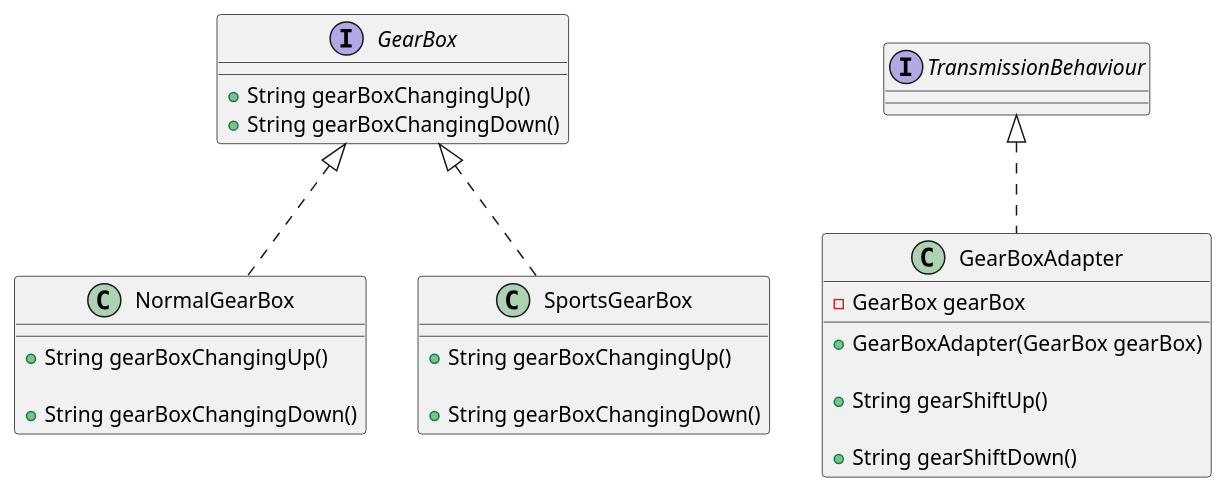
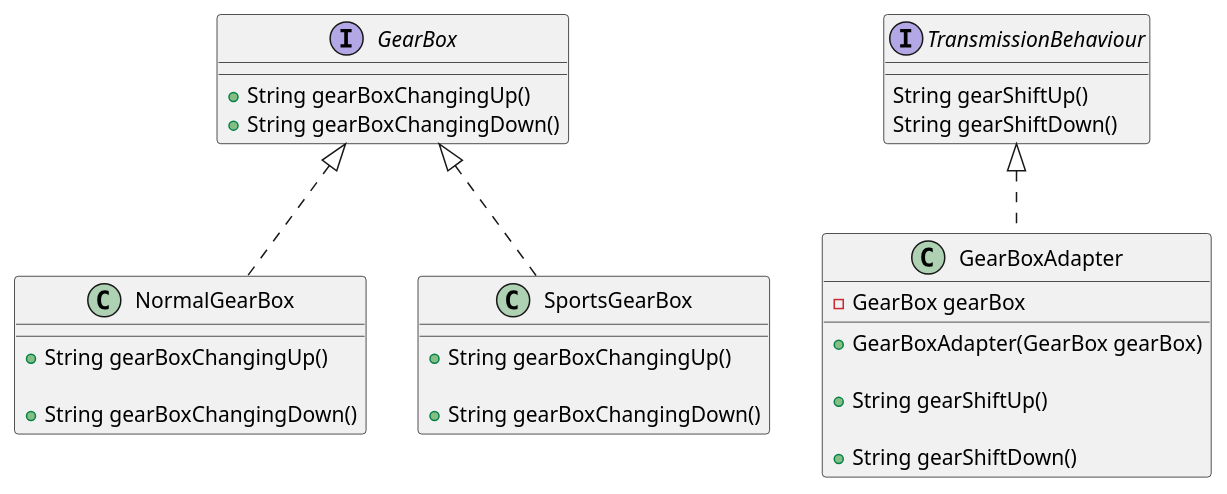
Before and after one commit to 43Carrig/Design_Patterns_Car: the diagram in plantUML/adapter.puml, drawn with PlantUML. The commit also changed 3 other files, not shown here.

Commit message:
Further edits to the plantUML's where necessary.

```diff
--- a/plantUML/adapter.puml
+++ b/plantUML/adapter.puml
@@ -1,33 +1,38 @@
 @startuml
 
 interface GearBox {
     + String gearBoxChangingUp()
     + String gearBoxChangingDown()
 }
 
 class GearBoxAdapter implements TransmissionBehaviour {
 
     - GearBox gearBox
 
     + GearBoxAdapter(GearBox gearBox)
 
     + String gearShiftUp()
 
     + String gearShiftDown()
 }
 
 class NormalGearBox implements GearBox {
 
     + String gearBoxChangingUp()
 
     + String gearBoxChangingDown()
 }
 
 class SportsGearBox implements GearBox {
 
     + String gearBoxChangingUp()
 
     + String gearBoxChangingDown()
 }
 
+interface TransmissionBehaviour {
+    String gearShiftUp()
+    String gearShiftDown()
+}
+
 @enduml
```
